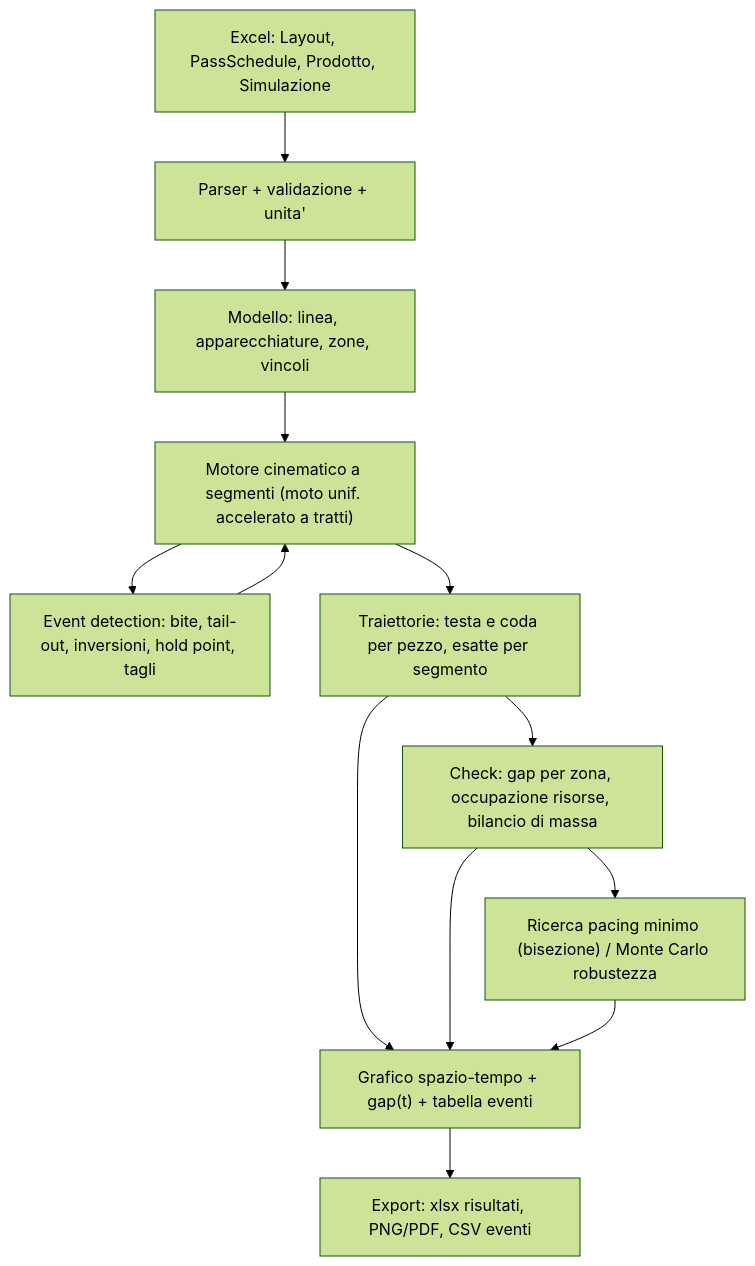
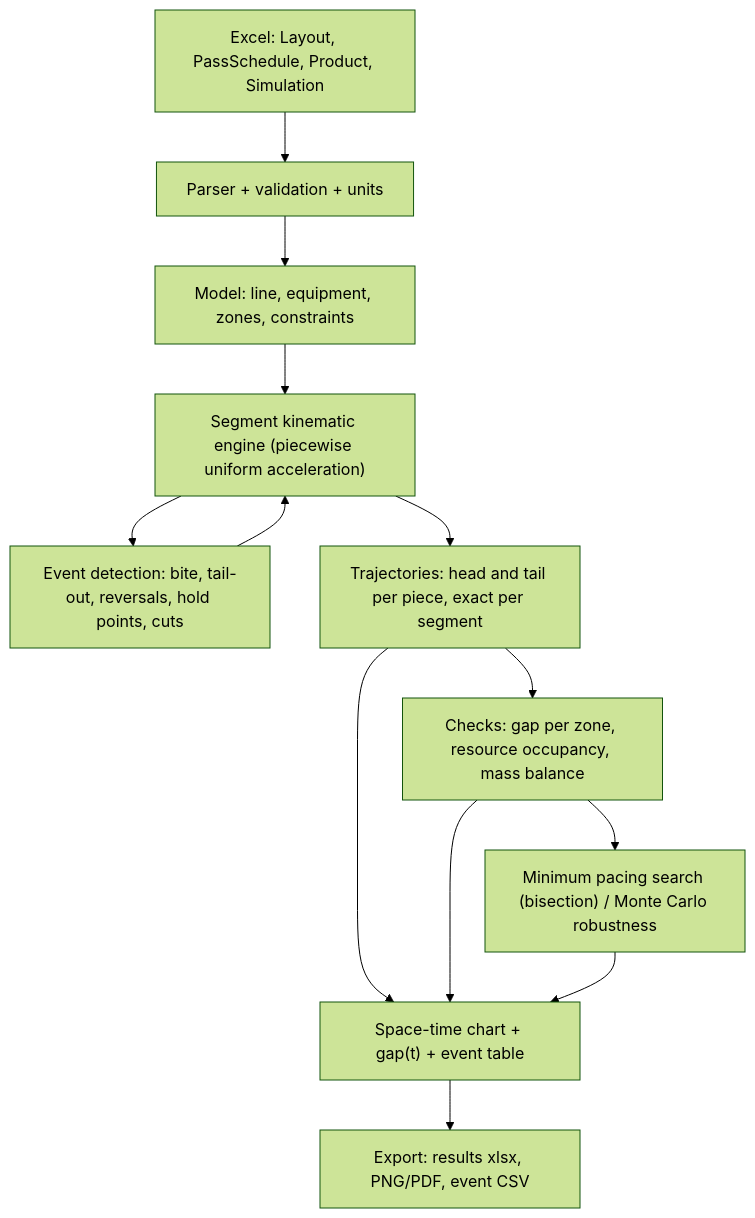
The diagram in docs/grill-review-hsm-pacing.md (giacomofranzil/hsm_logistic), drawn with Mermaid (forest theme) before and after one commit. The commit also changed other lines of this file and 32 other files, not shown here.

````diff
--- a/docs/grill-review-hsm-pacing.md
+++ b/docs/grill-review-hsm-pacing.md
@@ -258,15 +262,15 @@
 ```mermaid
 flowchart TD
-  XL["Excel: Layout, PassSchedule, Prodotto, Simulazione"] --> P["Parser + validazione + unita'"]
-  P --> M["Modello: linea, apparecchiature, zone, vincoli"]
-  M --> K["Motore cinematico a segmenti (moto unif. accelerato a tratti)"]
-  K --> EV["Event detection: bite, tail-out, inversioni, hold point, tagli"]
+  XL["Excel: Layout, PassSchedule, Product, Simulation"] --> P["Parser + validation + units"]
+  P --> M["Model: line, equipment, zones, constraints"]
+  M --> K["Segment kinematic engine (piecewise uniform acceleration)"]
+  K --> EV["Event detection: bite, tail-out, reversals, hold points, cuts"]
   EV --> K
-  K --> TR["Traiettorie: testa e coda per pezzo, esatte per segmento"]
-  TR --> CK["Check: gap per zona, occupazione risorse, bilancio di massa"]
-  CK --> OPT["Ricerca pacing minimo (bisezione) / Monte Carlo robustezza"]
-  TR --> UI["Grafico spazio-tempo + gap(t) + tabella eventi"]
+  K --> TR["Trajectories: head and tail per piece, exact per segment"]
+  TR --> CK["Checks: gap per zone, resource occupancy, mass balance"]
+  CK --> OPT["Minimum pacing search (bisection) / Monte Carlo robustness"]
+  TR --> UI["Space-time chart + gap(t) + event table"]
   CK --> UI
   OPT --> UI
-  UI --> OUT["Export: xlsx risultati, PNG/PDF, CSV eventi"]
+  UI --> OUT["Export: results xlsx, PNG/PDF, event CSV"]
 ```
````
